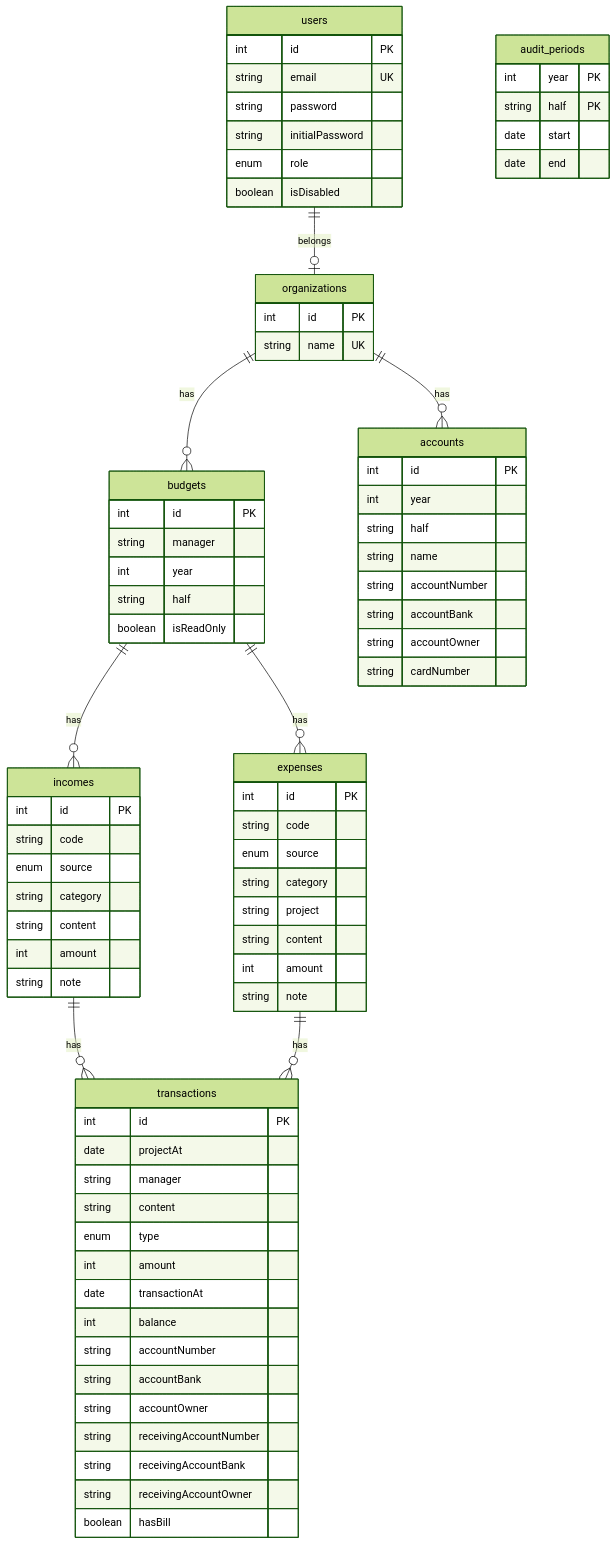
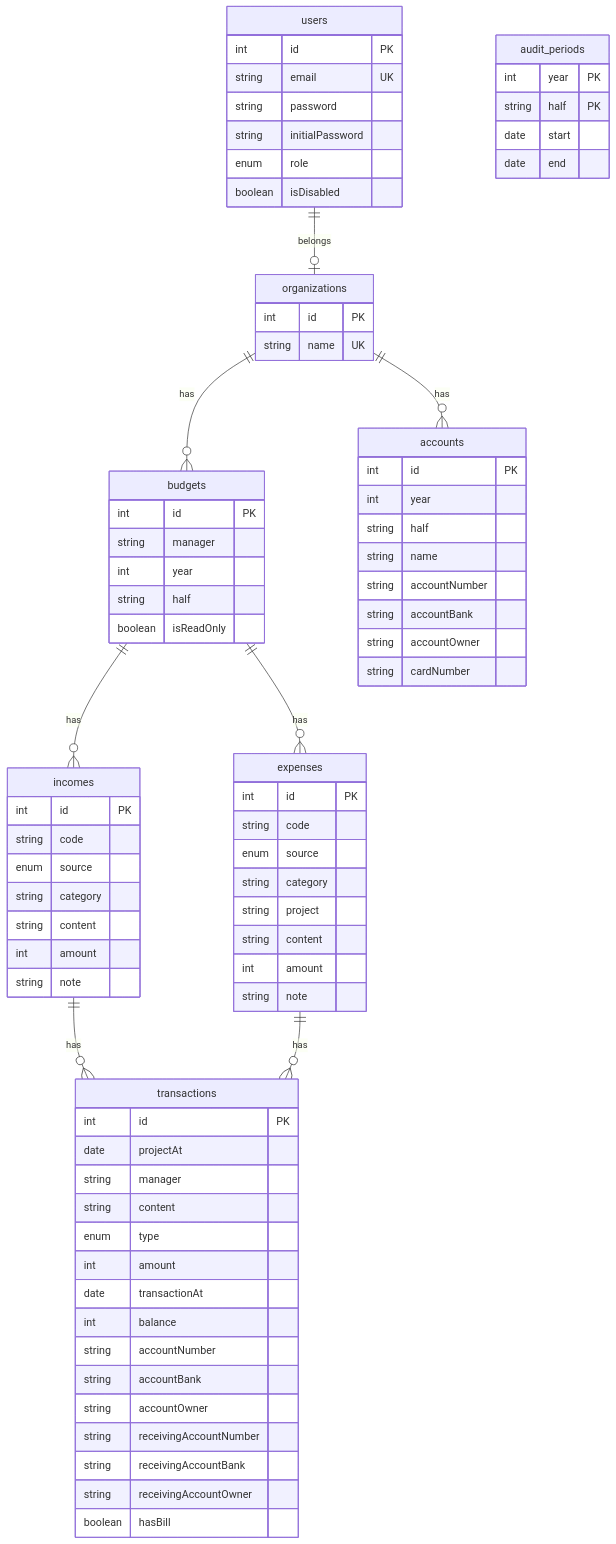
Before and after one commit to tnqja0227/board-of-audit-and-inspection-system: the first of 2 diagrams in README.md, drawn with Mermaid. The commit also changed other lines of this file, not shown here.

````diff
--- a/README.md
+++ b/README.md
@@ -26,82 +26,82 @@
 ```mermaid
-%%{init: {'theme': 'forest' } }%%
+%%{init: {'theme': 'default' } }%%
 erDiagram
     organizations {
         int id PK
         string name UK
     }
     users ||--o| organizations : belongs
     users {
         int id PK
         string email UK
         string password
         string initialPassword
         enum role
         boolean isDisabled
     }
     organizations ||--o{ budgets: has
     budgets {
         int id PK
         string manager
         int year
         string half
         boolean isReadOnly
     }
     budgets ||--o{ incomes: has
     incomes {
         int id PK
         string code
         enum source
         string category
         string content
         int amount
         string note
     }
     budgets ||--o{ expenses: has
     expenses {
         int id PK
         string code
         enum source
         string category
         string project
         string content
         int amount
         string note
     }
     incomes ||--o{ transactions: has
     expenses ||--o{ transactions: has
     transactions {
         int id PK
         date projectAt
         string manager
         string content
         enum type
         int amount
         date transactionAt
         int balance
         string accountNumber
         string accountBank
         string accountOwner
         string receivingAccountNumber
         string receivingAccountBank
         string receivingAccountOwner
         boolean hasBill
     }
     audit_periods {
         int year PK
         string half PK
         date start
         date end
     }
     organizations ||--o{ accounts : has
     accounts {
         int id PK
         int year
         string half
         string name
         string accountNumber
         string accountBank
         string accountOwner
         string cardNumber
     }
 ```
````
